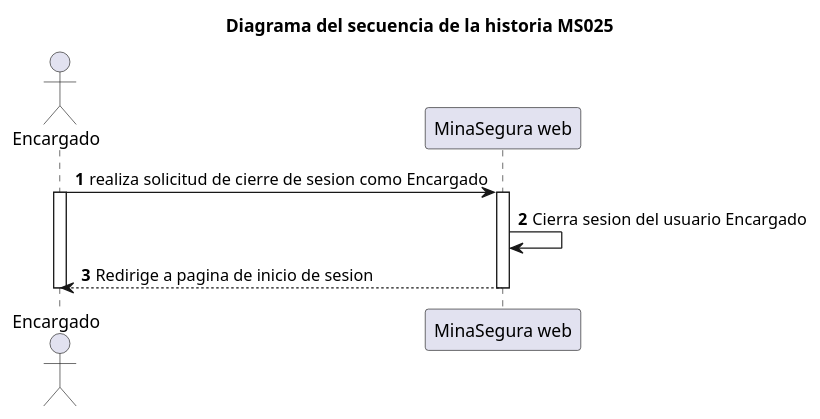
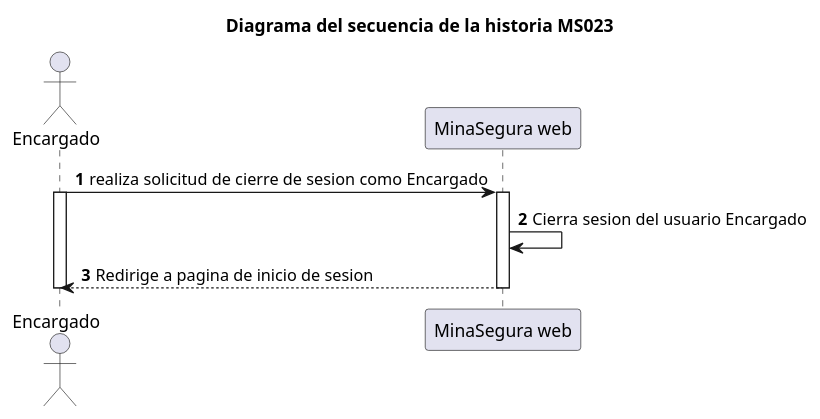
The diagram in MinaSegura/src/sequence/MS023_sequence.puml (minaseguraapp/plant_uml_tesis), drawn with PlantUML before and after one commit.

Commit message:
21 al 25 sin el 22

```diff
--- a/MinaSegura/src/sequence/MS023_sequence.puml
+++ b/MinaSegura/src/sequence/MS023_sequence.puml
@@ -1,22 +1,22 @@
 @startuml hu1_sequence
 autonumber
 
-title Diagrama del secuencia de la historia MS025
+title Diagrama del secuencia de la historia MS023
 
 actor Encargado
 participant "MinaSegura web"
 
 Encargado->"MinaSegura web": realiza solicitud de cierre de sesion como Encargado
 activate Encargado
 activate "MinaSegura web"
 
 "MinaSegura web"->"MinaSegura web": Cierra sesion del usuario Encargado
 
 
 "MinaSegura web" --> Encargado: Redirige a pagina de inicio de sesion
 deactivate "MinaSegura web"
 
 deactivate Encargado
 
 
 @enduml
```
